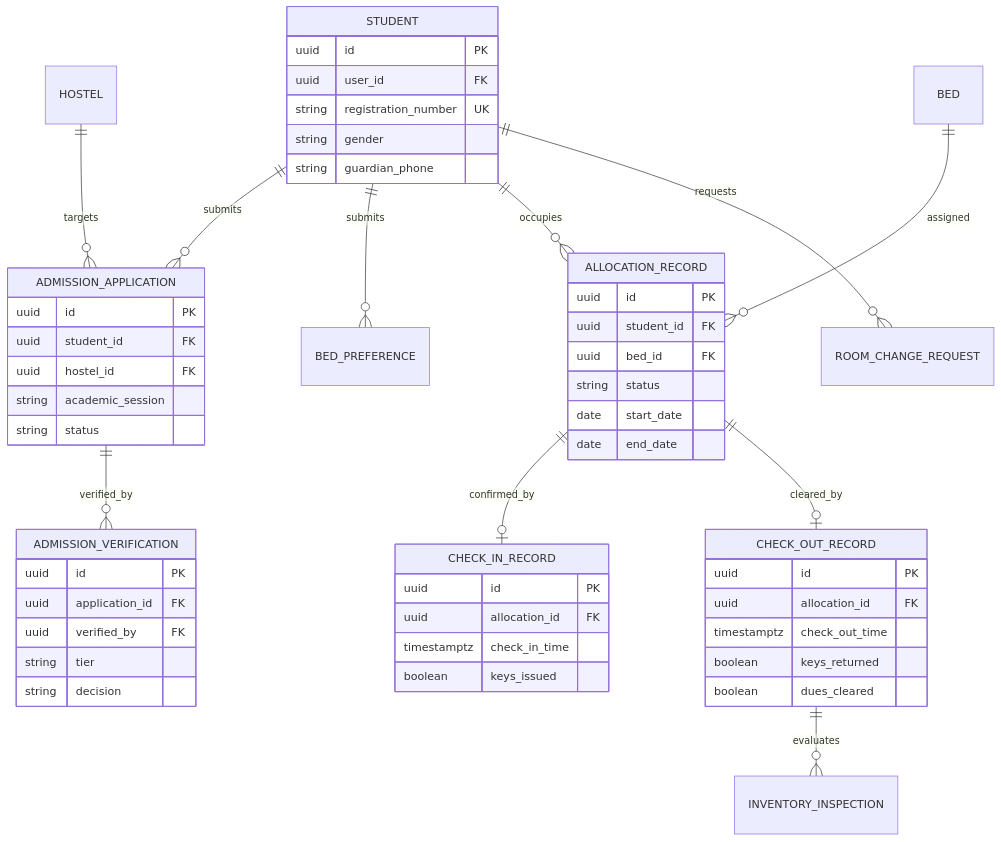
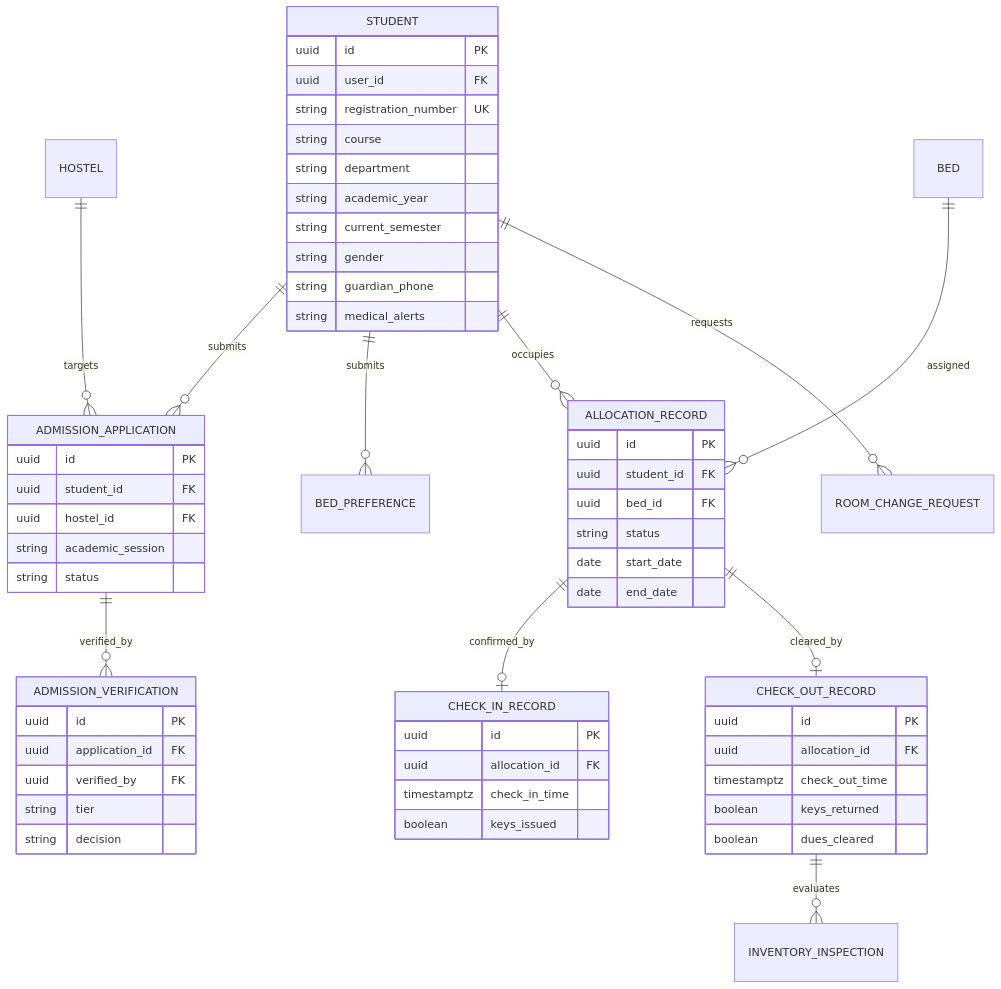
The second of 6 diagrams in docs/07-database-design.md (Sayam09das/Nestora), drawn with Mermaid before and after one commit. The commit also changed other lines of this file and 6 other files, not shown here.

Commit message:
docs: resolve audit inconsistencies and add monorepo architecture specification

````diff
--- a/docs/07-database-design.md
+++ b/docs/07-database-design.md
@@ -1098,56 +1105,61 @@
 ```mermaid
 erDiagram
   STUDENT ||--o{ ADMISSION_APPLICATION : "submits"
   ADMISSION_APPLICATION ||--o{ ADMISSION_VERIFICATION : "verified_by"
   HOSTEL ||--o{ ADMISSION_APPLICATION : "targets"
   STUDENT ||--o{ BED_PREFERENCE : "submits"
   STUDENT ||--o{ ALLOCATION_RECORD : "occupies"
   BED ||--o{ ALLOCATION_RECORD : "assigned"
   ALLOCATION_RECORD ||--o| CHECK_IN_RECORD : "confirmed_by"
   ALLOCATION_RECORD ||--o| CHECK_OUT_RECORD : "cleared_by"
   CHECK_OUT_RECORD ||--o{ INVENTORY_INSPECTION : "evaluates"
   STUDENT ||--o{ ROOM_CHANGE_REQUEST : "requests"
 
   STUDENT {
     uuid id PK
     uuid user_id FK
     string registration_number UK
+    string course
+    string department
+    string academic_year
+    string current_semester
     string gender
     string guardian_phone
+    string medical_alerts
   }
   ADMISSION_APPLICATION {
     uuid id PK
     uuid student_id FK
     uuid hostel_id FK
     string academic_session
     string status
   }
   ADMISSION_VERIFICATION {
     uuid id PK
     uuid application_id FK
     uuid verified_by FK
     string tier
     string decision
   }
   ALLOCATION_RECORD {
     uuid id PK
     uuid student_id FK
     uuid bed_id FK
     string status
     date start_date
     date end_date
   }
   CHECK_IN_RECORD {
     uuid id PK
     uuid allocation_id FK
     timestamptz check_in_time
     boolean keys_issued
   }
   CHECK_OUT_RECORD {
     uuid id PK
     uuid allocation_id FK
     timestamptz check_out_time
     boolean keys_returned
     boolean dues_cleared
   }
 ```
````
